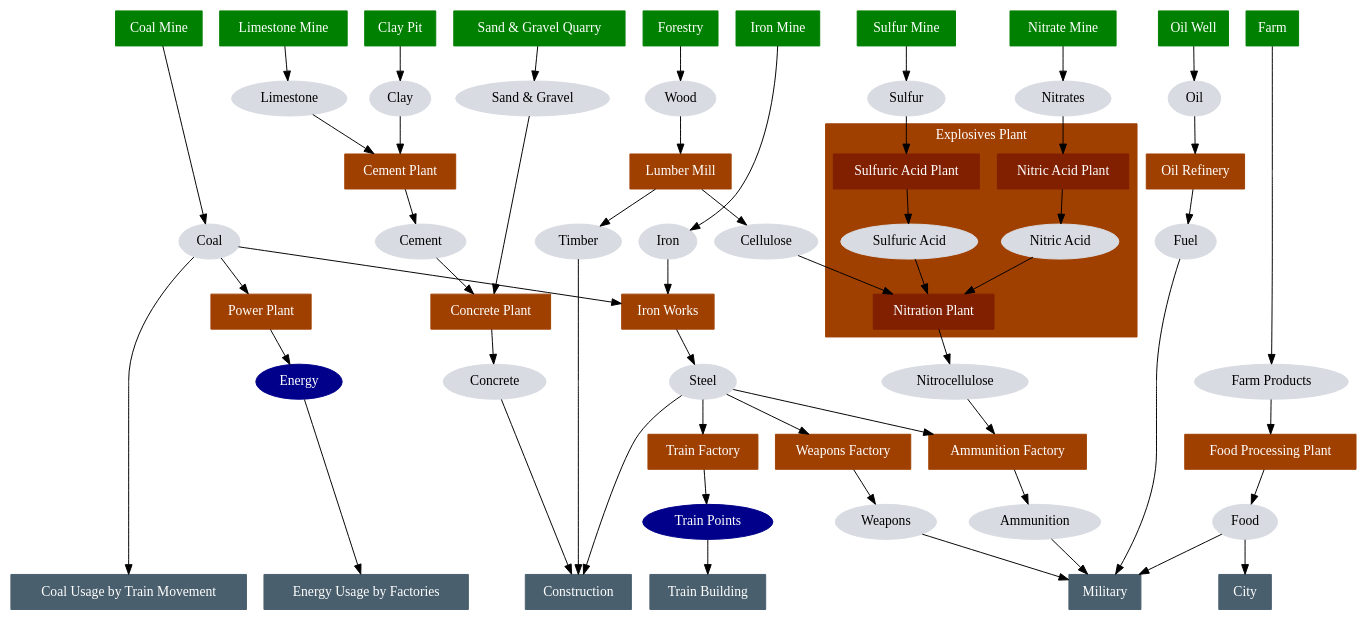
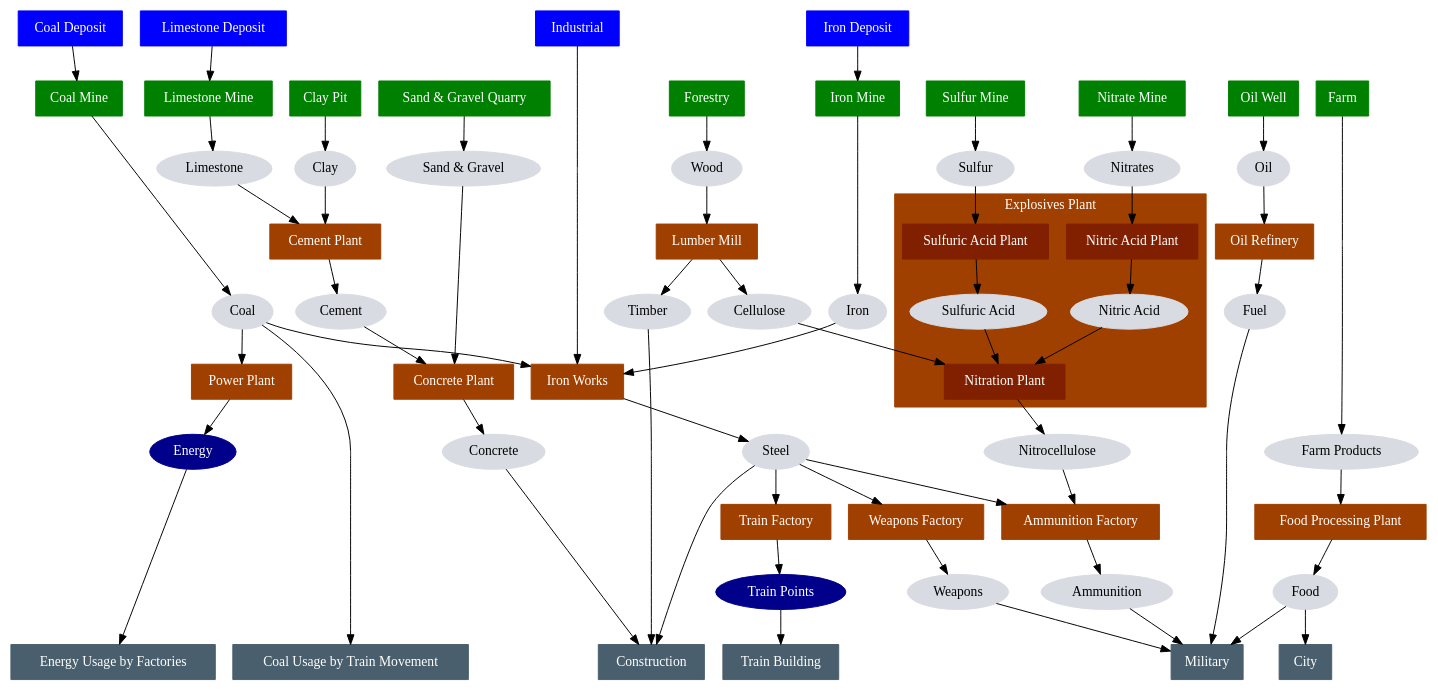
One commit to jurisk/train-simulator changed the diagram in flow.dot. Above: the diagram before and after it, drawn with Graphviz. The commit also changed 4 other files, not shown here.

```diff
--- a/flow.dot
+++ b/flow.dot
@@ -1,155 +1,171 @@
 digraph G {
     node [style = filled, fontcolor = white];
 
+    # Zoning
+    node [shape = box, color = blue, style = filled];
+    CoalDeposit [label = "Coal Deposit"];
+    IronDeposit [label = "Iron Deposit"];
+    Industrial [label = "Industrial"];
+    LimestoneDeposit [label = "Limestone Deposit"];
+
+    { rank = same; CoalDeposit; IronDeposit; Industrial; LimestoneDeposit; }
+
     # Raw materials extraction
-    node [shape = box, color = green];
+    node [shape = box, color = green, style = filled];
     CoalMine [label = "Coal Mine"];
     IronMine [label = "Iron Mine"];
     Forestry [label = "Forestry"];
     SulfurMine [label = "Sulfur Mine"];
     NitrateMine [label = "Nitrate Mine"];
     OilWell [label = "Oil Well"];
     LimestoneMine [label = "Limestone Mine"];
     ClayPit [label = "Clay Pit"];
     SandAndGravelQuarry [label = "Sand & Gravel Quarry"];
     Farm [label = "Farm"];
     { rank = same; CoalMine; IronMine; Forestry; SulfurMine; NitrateMine; OilWell; LimestoneMine; ClayPit; SandAndGravelQuarry; Farm; }
 
     node [shape = box, color = "#a04000"];
     # https://en.wikipedia.org/wiki/Basic_oxygen_steelmaking
     IronWorks [label = "Iron Works"];
     WeaponsFactory [label = "Weapons Factory"];
     TrainFactory [label = "Train Factory"];
     LumberMill [label = "Lumber Mill"];
     AmmunitionFactory [label = "Ammunition Factory"];
     OilRefinery [label = "Oil Refinery"];
     CementPlant [label = "Cement Plant"];
     ConcretePlant [label = "Concrete Plant"];
     FoodProcessingPlant [label = "Food Processing Plant"];
     PowerPlant [label = "Power Plant"];
 
     subgraph cluster_ExplosivesPlant {
         # This is being built together as otherwise it becomes too much micro-management
+        # Later: Should we be considering the TNT aspects too?
+        # See https://en.wikipedia.org/wiki/TNT#Preparation and https://en.wikipedia.org/wiki/Toluene#Production
         style = filled;
         color = "#a04000";
         fontcolor = white;
         label = "Explosives Plant";
         node [shape = box, color = "#802000", fontcolor = white];
 
         NitricAcidPlant [label = "Nitric Acid Plant"];
         SulfuricAcidPlant [label = "Sulfuric Acid Plant"];
         NitrationPlant [label = "Nitration Plant"];
 
         node [shape = ellipse, color = "#D8DBE2", fontcolor = black, style = filled];
         NitricAcid [label = "Nitric Acid"];
         SulfuricAcid [label = "Sulfuric Acid"];
     }
 
     # Final consumers
     node [shape = box, color = "#4A5F6D"];
     Construction [label = "Construction"];
     Military [label = "Military"];
     CoalUsageByTrainMovement [label = "Coal Usage by Train Movement"]
     TrainBuilding [label = "Train Building"];
     PowerPlant [label = "Power Plant"];
     City [label = "City"];
     EnergyUsageByFactories [label = "Energy Usage by Factories"];
     { rank = same; Construction; Military; CoalUsageByTrainMovement; TrainBuilding; EnergyUsageByFactories; City; }
 
     node [shape = ellipse, color = "#D8DBE2", fontcolor = black];
     Coal [label = "Coal"];
     Iron [label = "Iron"];
     Oil [label = "Oil"];
     Fuel [label = "Fuel"];
     Nitrates [label = "Nitrates"];
     Sulfur [label = "Sulfur"];
     Nitrocellulose [label = "Nitrocellulose"];
     Timber [label = "Timber"];
     Cellulose [label = "Cellulose"];
     Concrete [label = "Concrete"];
     Cement [label = "Cement"];
     SandAndGravel [label = "Sand & Gravel"];
     Clay [label = "Clay"];
     Limestone [label = "Limestone"];
     Weapons [label = "Weapons"];
     Ammunition [label = "Ammunition"];
     Steel [label = "Steel"];
     FarmProducts [label = "Farm Products"];
     Wood [label = "Wood"];
     Food [label = "Food"];
 
     node [color = "darkblue", fontcolor = white];
     Energy [label = "Energy"];
     TrainPoints [label = "Train Points"];
 
+    CoalDeposit -> CoalMine;
+    IronDeposit -> IronMine;
+    Industrial -> IronWorks;
+
     CoalMine -> Coal;
     Coal -> IronWorks;
     Coal -> CoalUsageByTrainMovement;
     Coal -> PowerPlant;
     PowerPlant -> Energy;
     Energy -> EnergyUsageByFactories;
 
     IronMine -> Iron;
     Iron -> IronWorks;
 
     OilWell -> Oil;
     Oil -> OilRefinery;
     OilRefinery -> Fuel;
     Fuel -> Military;
 
     NitrateMine -> Nitrates;
     Nitrates -> NitricAcidPlant;
 
     SulfurMine -> Sulfur;
     Sulfur -> SulfuricAcidPlant;
 
     Forestry -> Wood;
     Wood -> LumberMill;
     LumberMill -> Cellulose;
     Cellulose -> NitrationPlant;
     LumberMill -> Timber;
     Timber -> Construction;
 
     NitricAcidPlant -> NitricAcid;
     NitricAcid -> NitrationPlant;
 
     SulfuricAcidPlant -> SulfuricAcid;
     SulfuricAcid -> NitrationPlant;
 
     NitrationPlant -> Nitrocellulose;
     Nitrocellulose -> AmmunitionFactory;
 
     AmmunitionFactory -> Ammunition;
     Ammunition -> Military;
     WeaponsFactory -> Weapons;
     Weapons -> Military;
 
     IronWorks -> Steel;
     Steel -> AmmunitionFactory;
     Steel -> WeaponsFactory;
     Steel -> Construction;
     Steel -> TrainFactory;
     TrainFactory -> TrainPoints;
     TrainPoints -> TrainBuilding;
 
+    LimestoneDeposit -> LimestoneMine;
     LimestoneMine -> Limestone;
     Limestone -> CementPlant;
 
     ClayPit -> Clay;
     Clay -> CementPlant;
 
     CementPlant -> Cement;
     Cement -> ConcretePlant;
 
     SandAndGravelQuarry -> SandAndGravel;
     SandAndGravel -> ConcretePlant;
 
     ConcretePlant -> Concrete;
     Concrete -> Construction;
 
     Farm -> FarmProducts;
     FarmProducts -> FoodProcessingPlant;
     FoodProcessingPlant -> Food;
     Food -> Military;
     Food -> City;
 }
```
